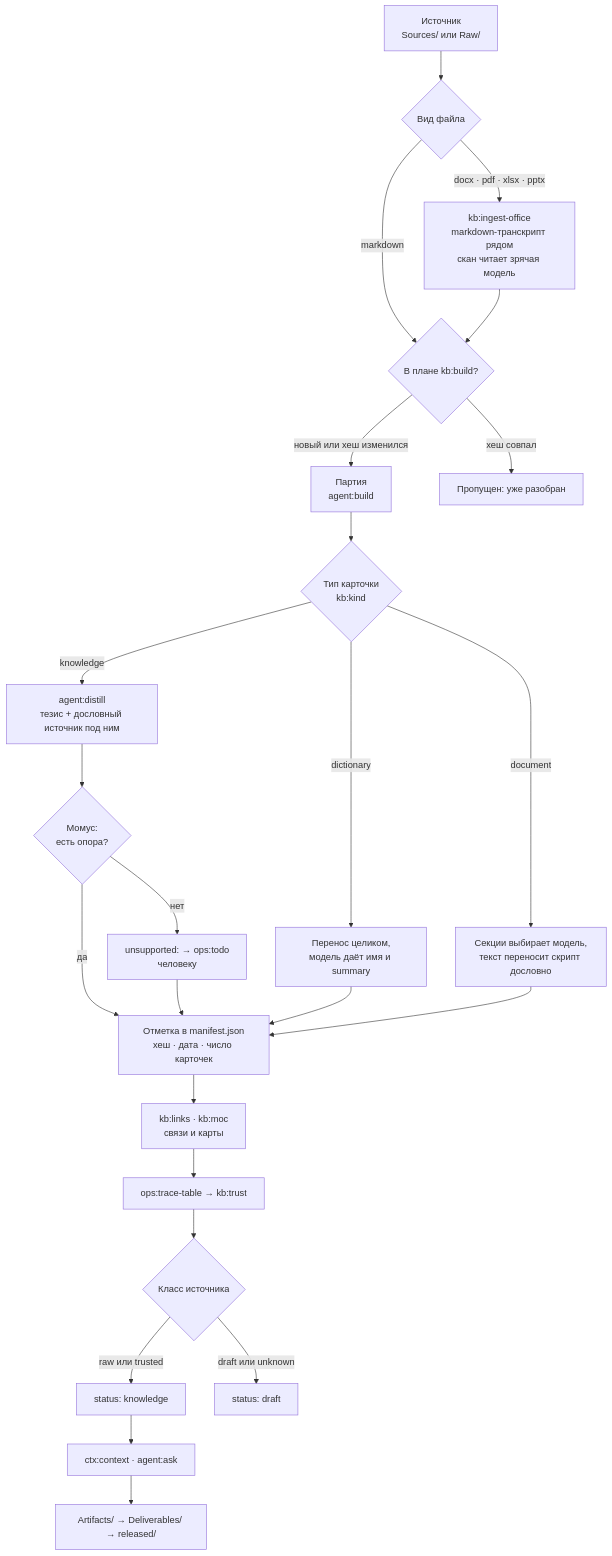
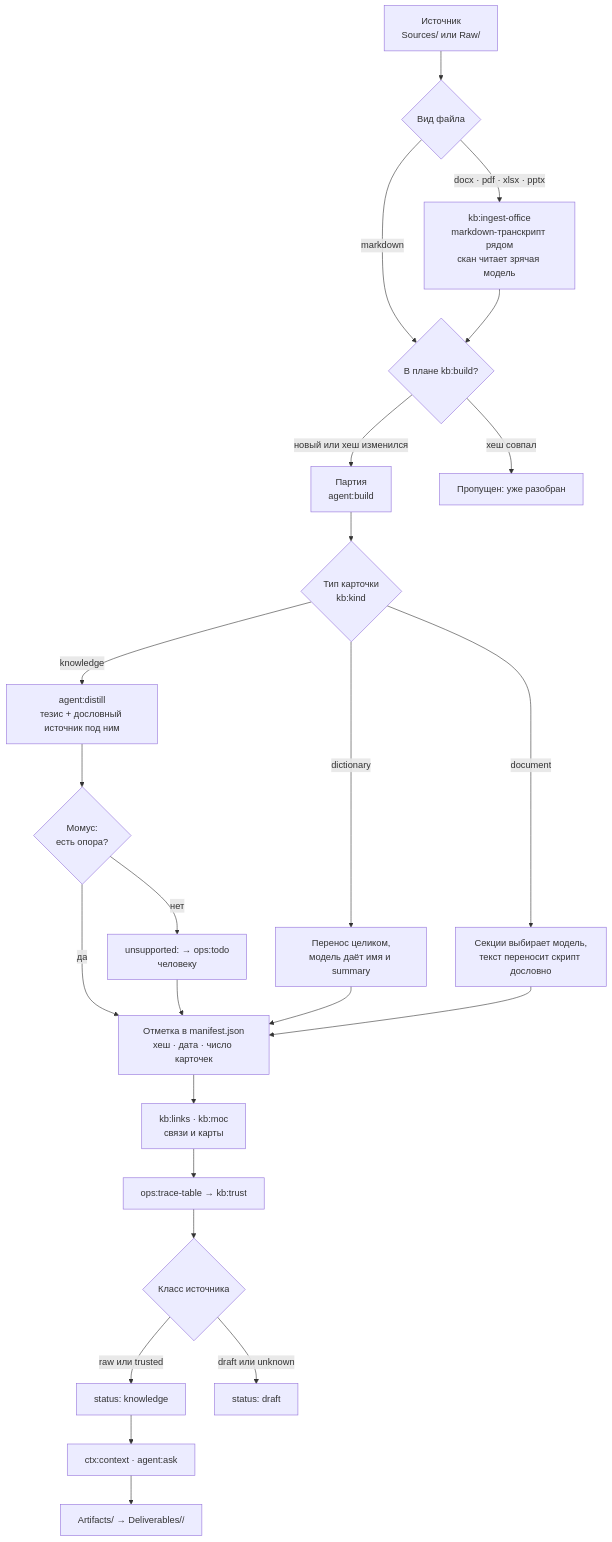
One commit to VVG-web/aurora-studio changed the third of 4 diagrams in docs/lifecycle.md. Above: the diagram before and after it, drawn with Mermaid. The commit also changed other lines of this file and 5 other files, not shown here.

````diff
--- a/docs/lifecycle.md
+++ b/docs/lifecycle.md
@@ -232,26 +232,26 @@
 ```mermaid
 flowchart TD
   A["Источник<br>Sources/ или Raw/"] --> B{"Вид файла"}
   B -->|"docx · pdf · xlsx · pptx"| C["kb:ingest-office<br>markdown-транскрипт рядом<br>скан читает зрячая модель"]
   B -->|"markdown"| D
   C --> D{"В плане kb:build?"}
   D -->|"новый или хеш изменился"| E["Партия<br>agent:build"]
   D -->|"хеш совпал"| Z["Пропущен: уже разобран"]
   E --> F{"Тип карточки<br>kb:kind"}
   F -->|"dictionary"| G1["Перенос целиком,<br>модель даёт имя и summary"]
   F -->|"document"| G2["Секции выбирает модель,<br>текст переносит скрипт дословно"]
   F -->|"knowledge"| G3["agent:distill<br>тезис + дословный источник под ним"]
   G3 --> M{"Момус:<br>есть опора?"}
   M -->|"да"| H
   M -->|"нет"| U["unsupported: → ops:todo<br>человеку"]
   U --> H
   G1 --> H
   G2 --> H
   H["Отметка в manifest.json<br>хеш · дата · число карточек"] --> I["kb:links · kb:moc<br>связи и карты"]
   I --> J["ops:trace-table → kb:trust"]
   J --> K{"Класс источника"}
   K -->|"raw или trusted"| N["status: knowledge"]
   K -->|"draft или unknown"| O["status: draft"]
   N --> P["ctx:context · agent:ask"]
-  P --> Q["Artifacts/ → Deliverables/ → released/"]
+  P --> Q["Artifacts/ → Deliverables/<kind>/"]
 ```
````
